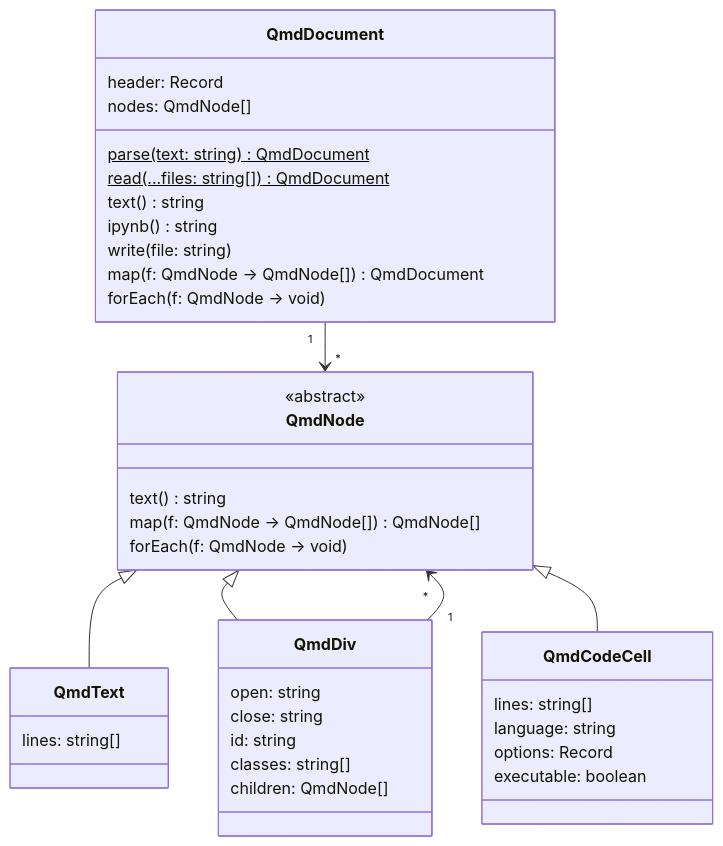
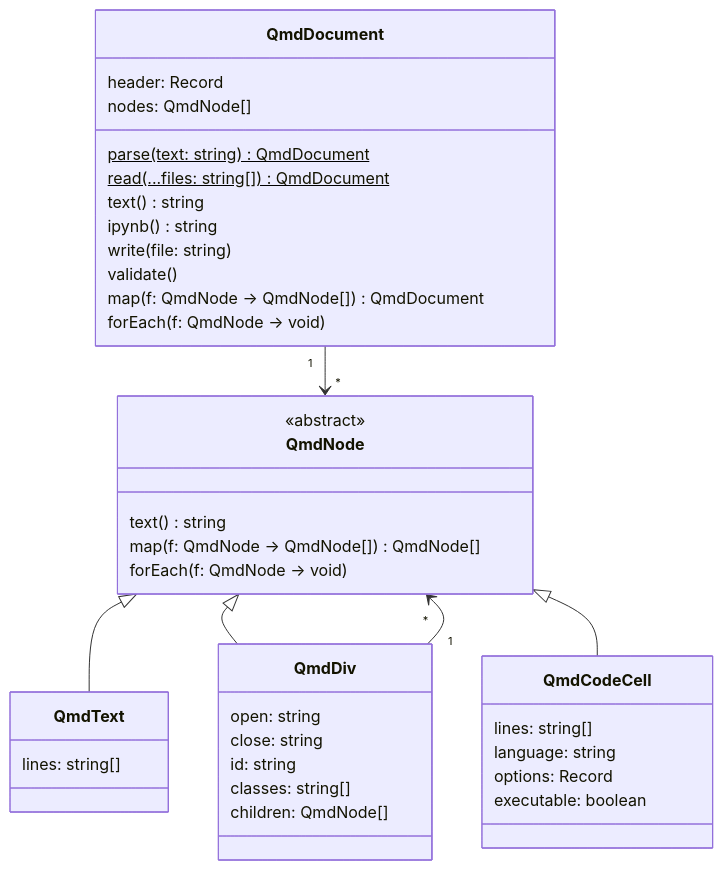
Before and after one commit to matthiasbaitsch/quarto-loi-moi: the second of 6 diagrams in DESIGN.md, drawn with Mermaid. The commit also changed other lines of this file and 131 other files, not shown here.

````diff
--- a/DESIGN.md
+++ b/DESIGN.md
@@ -76,42 +76,43 @@
 ```mermaid
 classDiagram
   direction TD
   QmdDocument "1" --> "*" QmdNode
   QmdNode <|-- QmdText
   QmdNode <|-- QmdDiv
   QmdNode <|-- QmdCodeCell
   QmdDiv "1" --> "*" QmdNode
   class QmdDocument {
     header: Record
     nodes: QmdNode[]
     parse(text: string)$ QmdDocument
     read(...files: string[])$ QmdDocument
     text() string
     ipynb() string
     write(file: string)
+    validate()
     map(f: QmdNode → QmdNode[]) QmdDocument
     forEach(f: QmdNode → void)
   }
   class QmdNode {
     <<abstract>>
     text() string
     map(f: QmdNode → QmdNode[]) QmdNode[]
     forEach(f: QmdNode → void)
   }
   class QmdText {
     lines: string[]
   }
   class QmdDiv {
     open: string
     close: string
     id: string
     classes: string[]
     children: QmdNode[]
   }
   class QmdCodeCell {
     lines: string[]
     language: string
     options: Record
     executable: boolean
   }
 ```
````
